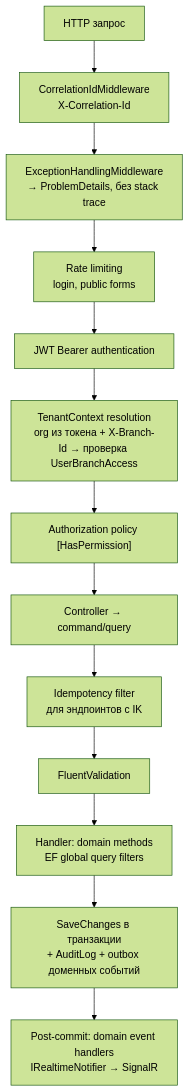
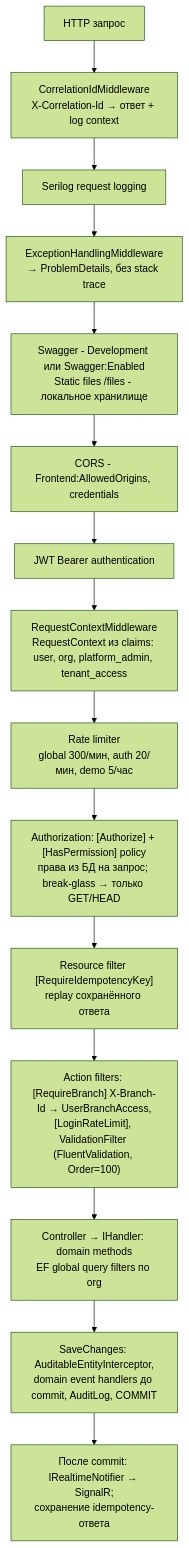
Before and after one commit to Urgenchbayev-Alibek/respos: the fourth of 5 diagrams in docs/architecture/SYSTEM_OVERVIEW.md, drawn with Mermaid (forest theme). The commit also changed other lines of this file and 15 other files, not shown here.

Commit message:
docs: sync business rules, ERD, ADRs, overview, deployment, README with implementation

````diff
--- a/docs/architecture/SYSTEM_OVERVIEW.md
+++ b/docs/architecture/SYSTEM_OVERVIEW.md
@@ -109,15 +112,17 @@
 ```mermaid
 flowchart TB
-  R[HTTP запрос] --> C1[CorrelationIdMiddleware<br/>X-Correlation-Id]
-  C1 --> C2[ExceptionHandlingMiddleware<br/>→ ProblemDetails, без stack trace]
-  C2 --> C3[Rate limiting<br/>login, public forms]
-  C3 --> C4[JWT Bearer authentication]
-  C4 --> C5[TenantContext resolution<br/>org из токена + X-Branch-Id → проверка UserBranchAccess]
-  C5 --> C6["Authorization policy [HasPermission]"]
-  C6 --> C7[Controller → command/query]
-  C7 --> C8[Idempotency filter<br/>для эндпоинтов с IK]
-  C8 --> C9[FluentValidation]
-  C9 --> C10[Handler: domain methods<br/>EF global query filters]
-  C10 --> C11[SaveChanges в транзакции<br/>+ AuditLog + outbox доменных событий]
-  C11 --> C12[Post-commit: domain event handlers<br/>IRealtimeNotifier → SignalR]
+  R[HTTP запрос] --> C1[CorrelationIdMiddleware<br/>X-Correlation-Id → ответ + log context]
+  C1 --> C2[Serilog request logging]
+  C2 --> C3[ExceptionHandlingMiddleware<br/>→ ProblemDetails, без stack trace]
+  C3 --> C4[Swagger - Development или Swagger:Enabled<br/>Static files /files - локальное хранилище]
+  C4 --> C5[CORS - Frontend:AllowedOrigins, credentials]
+  C5 --> C6[JWT Bearer authentication]
+  C6 --> C7[RequestContextMiddleware<br/>RequestContext из claims: user, org, platform_admin, tenant_access]
+  C7 --> C8[Rate limiter<br/>global 300/мин, auth 20/мин, demo 5/час]
+  C8 --> C9["Authorization: [Authorize] + [HasPermission] policy<br/>права из БД на запрос; break-glass → только GET/HEAD"]
+  C9 --> C10["Resource filter [RequireIdempotencyKey]<br/>replay сохранённого ответа"]
+  C10 --> C11["Action filters: [RequireBranch] X-Branch-Id → UserBranchAccess,<br/>[LoginRateLimit], ValidationFilter (FluentValidation, Order=100)"]
+  C11 --> C12[Controller → IHandler: domain methods<br/>EF global query filters по org]
+  C12 --> C13[SaveChanges: AuditableEntityInterceptor,<br/>domain event handlers до commit, AuditLog, COMMIT]
+  C13 --> C14[После commit: IRealtimeNotifier → SignalR;<br/>сохранение idempotency-ответа]
 ```
````
